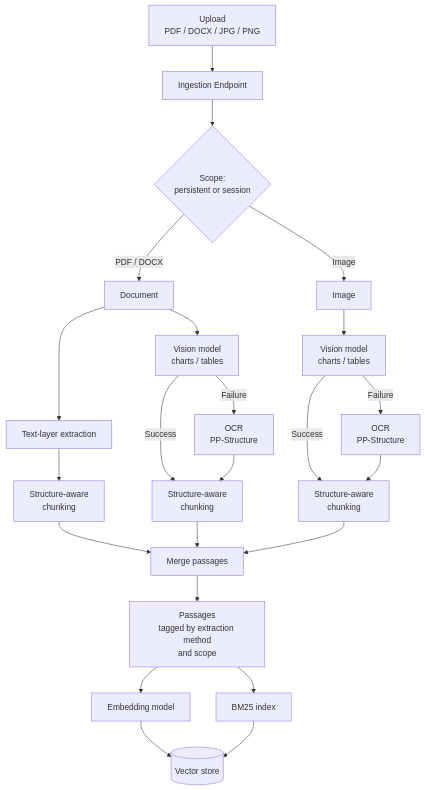
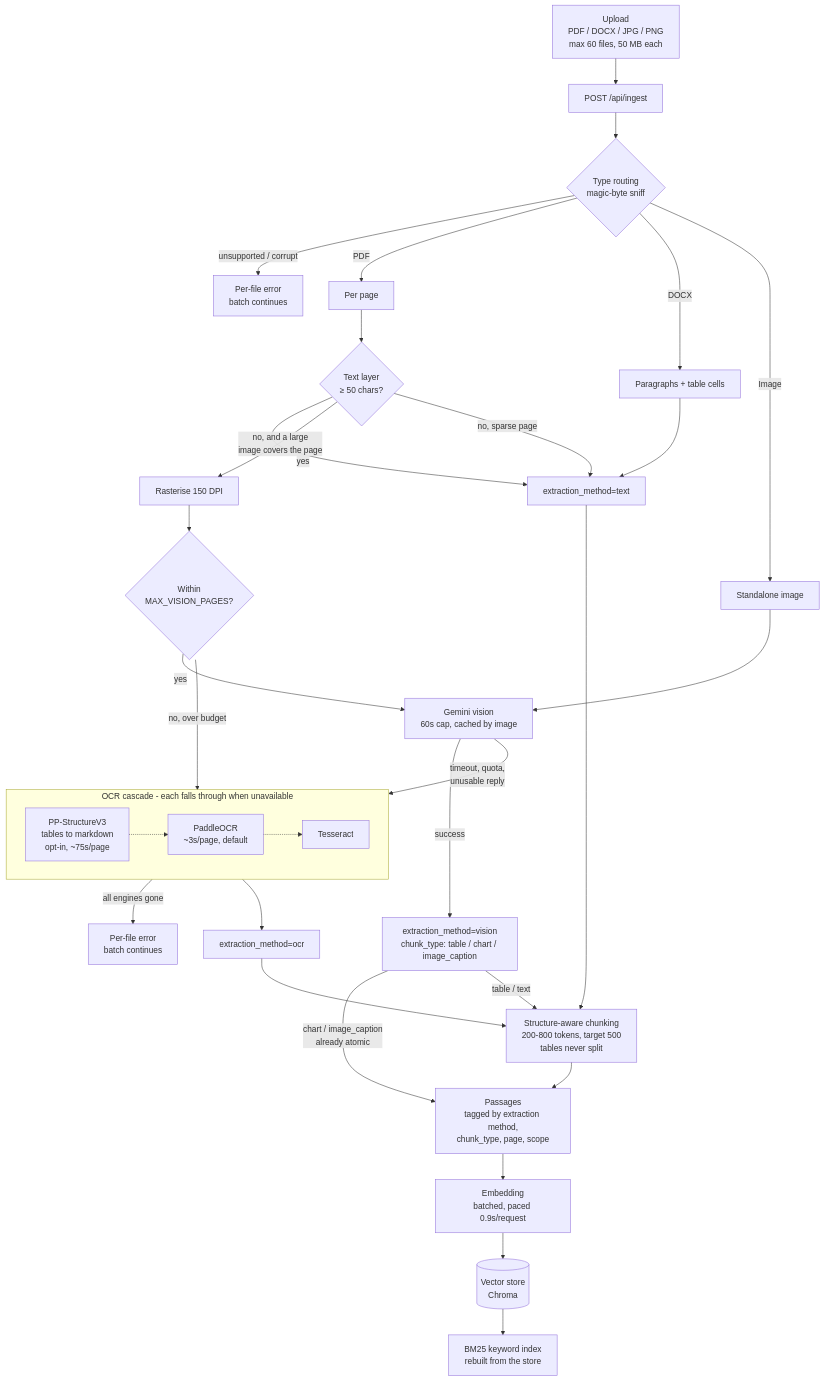
One commit to ikeshavvarshney/RAG-System changed the first of 3 diagrams in docs/03-system-architecture.md. Above: the diagram before and after it, drawn with Mermaid. The commit also changed other lines of this file and 15 other files, not shown here.

Commit message:
Wire PaddleOCR engine cascade, fix vision timeout and page cap

````diff
--- a/docs/03-system-architecture.md
+++ b/docs/03-system-architecture.md
@@ -9,29 +9,43 @@
 ```mermaid
 flowchart TD
-    UP["Upload<br/>PDF / DOCX / JPG / PNG"]
-    EP["Ingestion Endpoint"]
-    SCOPE{"Scope:<br/>persistent or session"}
-    UP --> EP --> SCOPE
+    UP["Upload<br/>PDF / DOCX / JPG / PNG<br/>max 60 files, 50 MB each"]
+    EP["POST /api/ingest"]
+    ROUTE{"Type routing<br/>magic-byte sniff"}
+    UP --> EP --> ROUTE
+    ROUTE -->|unsupported / corrupt| SKIP["Per-file error<br/>batch continues"]
 
-    SCOPE -->|"PDF / DOCX"| DOC["Document"]
-    SCOPE -->|"Image"| IMG["Image"]
+    ROUTE -->|PDF| PDFPAGE["Per page"]
+    ROUTE -->|DOCX| DOCX["Paragraphs + table cells"]
+    ROUTE -->|Image| IMG["Standalone image"]
 
-    DOC --> TEXTEX["Text-layer extraction"] --> SPLIT0["Structure-aware<br/>chunking"]
-    DOC --> VLM1["Vision model<br/>charts / tables"]
-    VLM1 -->|Success| SPLIT1["Structure-aware<br/>chunking"]
-    VLM1 -->|Failure| OCR1["OCR<br/>PP-Structure"] --> SPLIT1
+    PDFPAGE --> SCAN{"Text layer<br/>&ge; 50 chars?"}
+    SCAN -->|yes| TEXT["extraction_method=text"]
+    SCAN -->|"no, and a large<br/>image covers the page"| RENDER["Rasterise 150 DPI"]
+    SCAN -->|"no, sparse page"| TEXT
 
-    IMG --> VLM2["Vision model<br/>charts / tables"]
-    VLM2 -->|Success| SPLIT2["Structure-aware<br/>chunking"]
-    VLM2 -->|Failure| OCR2["OCR<br/>PP-Structure"] --> SPLIT2
+    RENDER --> BUDGET{"Within<br/>MAX_VISION_PAGES?"}
+    IMG --> VLM
+    BUDGET -->|yes| VLM["Gemini vision<br/>60s cap, cached by image"]
+    BUDGET -->|"no, over budget"| OCR
 
-    SPLIT0 --> MERGE["Merge passages"]
-    SPLIT1 --> MERGE
-    SPLIT2 --> MERGE
-    MERGE --> CHUNKS["Passages<br/>tagged by extraction method<br/>and scope"]
+    VLM -->|success| VIS["extraction_method=vision<br/>chunk_type: table / chart / image_caption"]
+    VLM -->|"timeout, quota,<br/>unusable reply"| OCR
 
-    CHUNKS --> EMB["Embedding model"]
-    CHUNKS --> KW["BM25 index"]
-    EMB --> VS[("Vector store")]
-    KW --> VS
+    subgraph OCRCASCADE["OCR cascade - each falls through when unavailable"]
+        direction LR
+        OCR["PP-StructureV3<br/>tables to markdown<br/>opt-in, ~75s/page"] -.-> OCR2["PaddleOCR<br/>~3s/page, default"] -.-> OCR3["Tesseract"]
+    end
+    OCR3 -->|all engines gone| FAIL["Per-file error<br/>batch continues"]
+    OCRCASCADE --> OCRD["extraction_method=ocr"]
+
+    DOCX --> TEXT
+    TEXT --> SPLIT["Structure-aware chunking<br/>200-800 tokens, target 500<br/>tables never split"]
+    OCRD --> SPLIT
+    VIS -->|"chart / image_caption<br/>already atomic"| CHUNKS
+    VIS -->|table / text| SPLIT
+
+    SPLIT --> CHUNKS["Passages<br/>tagged by extraction method,<br/>chunk_type, page, scope"]
+    CHUNKS --> EMB["Embedding<br/>batched, paced 0.9s/request"]
+    EMB --> VS[("Vector store<br/>Chroma")]
+    VS --> KW["BM25 keyword index<br/>rebuilt from the store"]
 ```
````
